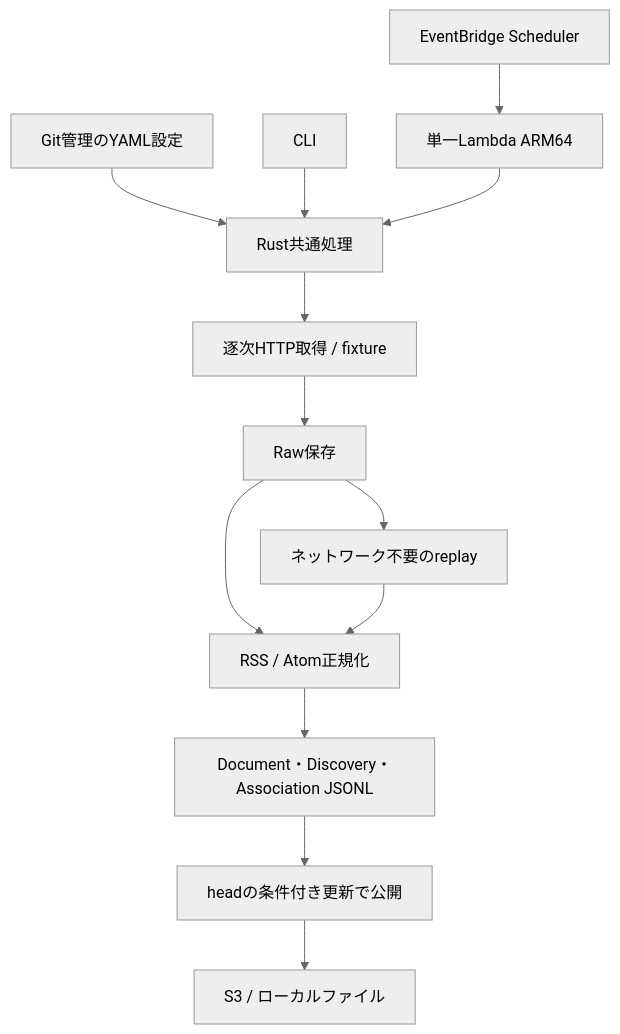
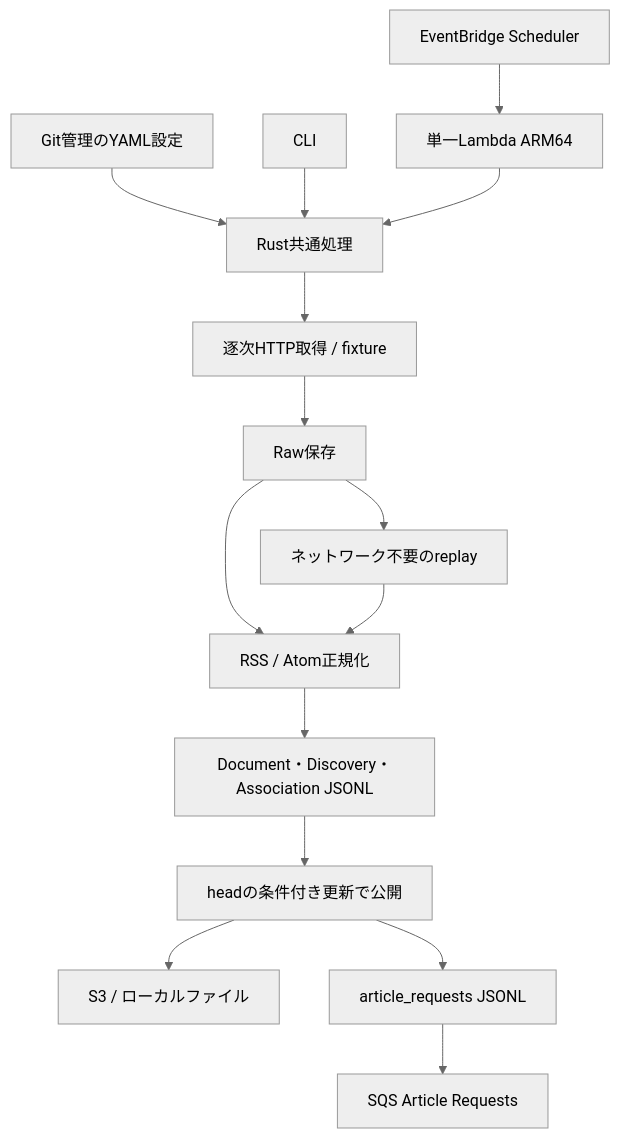
Before and after one commit to uta8a/curatedz: the diagram in docs/architecture.md, drawn with Mermaid (neutral theme). The commit also changed other lines of this file and 35 other files, not shown here.

````diff
--- a/docs/architecture.md
+++ b/docs/architecture.md
@@ -5,15 +5,17 @@
 ```mermaid
 flowchart TD
     Config[Git管理のYAML設定] --> Core[Rust共通処理]
     CLI[CLI] --> Core
     Scheduler[EventBridge Scheduler] --> Lambda[単一Lambda ARM64]
     Lambda --> Core
     Core --> Fetch[逐次HTTP取得 / fixture]
     Fetch --> Raw[Raw保存]
     Raw --> Normalize[RSS / Atom正規化]
     Normalize --> Batch[Document・Discovery・Association JSONL]
     Batch --> Commit[headの条件付き更新で公開]
     Commit --> Storage[S3 / ローカルファイル]
     Raw --> Replay[ネットワーク不要のreplay]
     Replay --> Normalize
+    Commit --> Requests[article_requests JSONL]
+    Requests --> Queue[SQS Article Requests]
 ```
````
